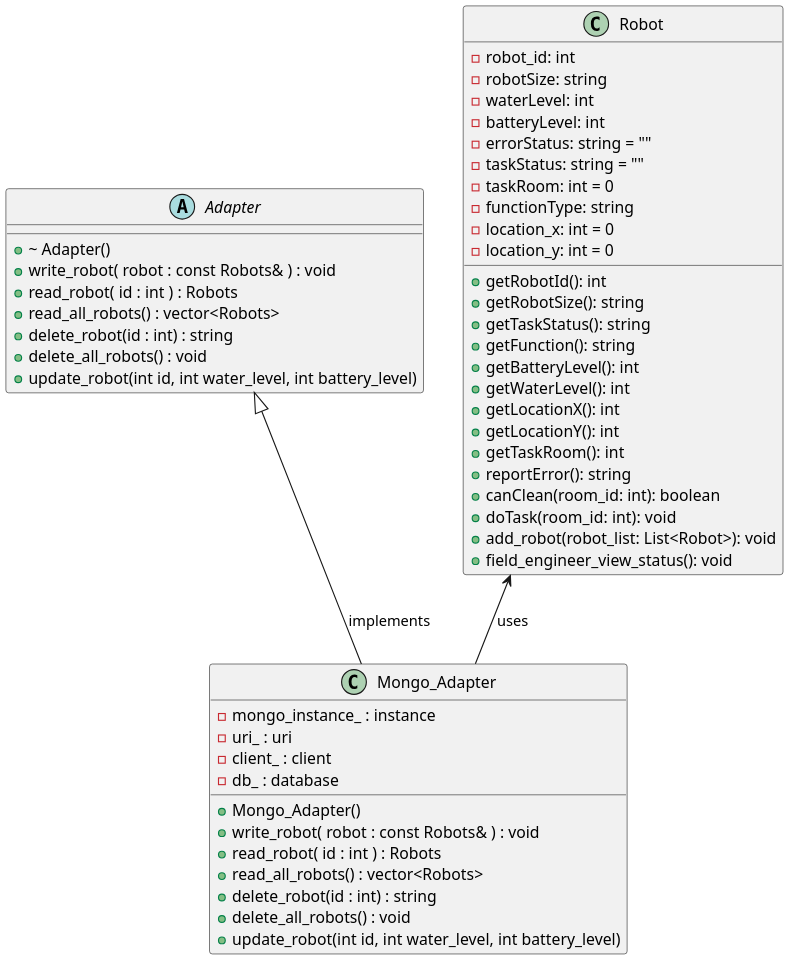
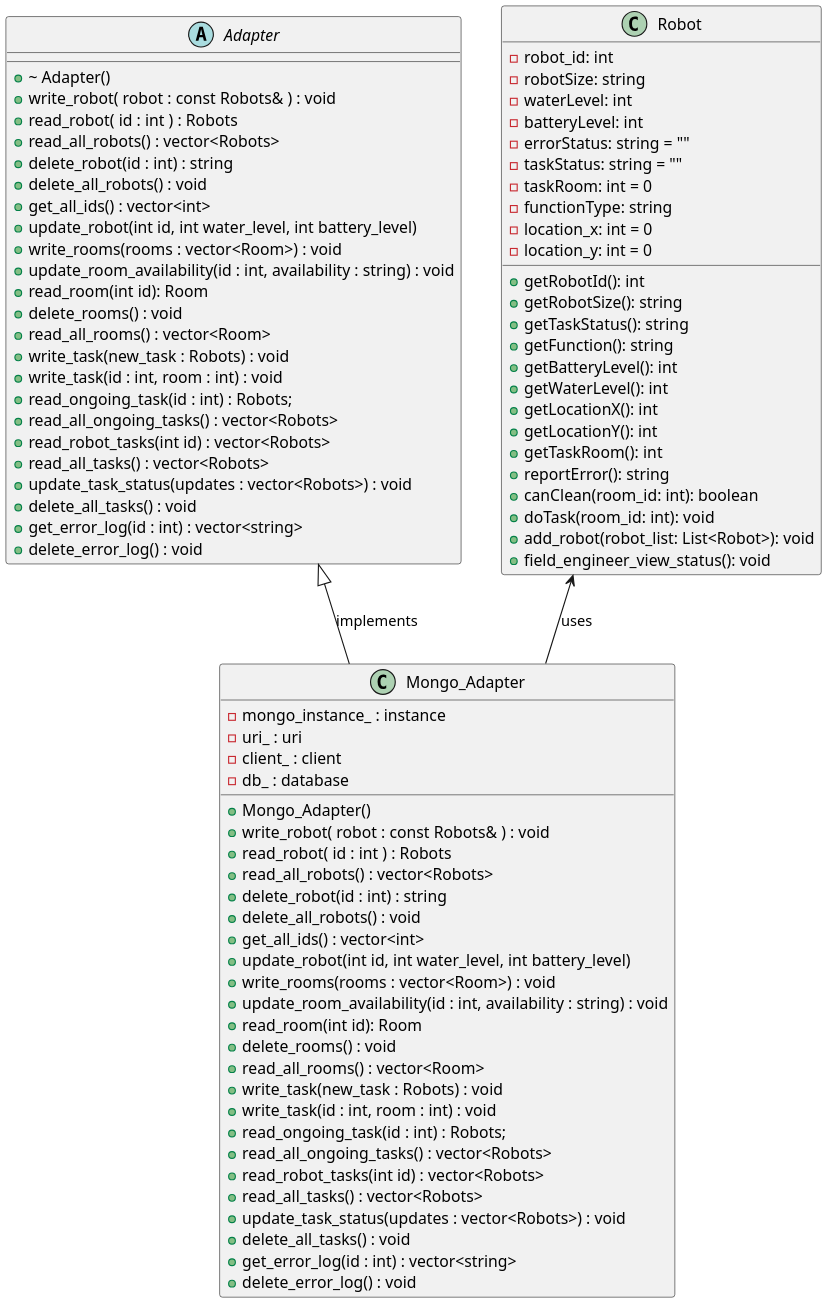
Before and after one commit to ur-swe-fa24/main-project-scrum-heads: the diagram in docs/design/classDiagram/mongoAdapter.puml, drawn with PlantUML. The commit also changed 3 other files, not shown here.

```diff
--- a/docs/design/classDiagram/mongoAdapter.puml
+++ b/docs/design/classDiagram/mongoAdapter.puml
@@ -1,62 +1,94 @@
 @startuml MongoAdapterDiagram
 skinparam dpi 200
 skinparam DefaultFontName Inconsolata
 
 class Mongo_Adapter{
     - mongo_instance_ : instance 
     - uri_ : uri
     - client_ : client 
     - db_ : database
 
     + Mongo_Adapter()
     + write_robot( robot : const Robots& ) : void 
     + read_robot( id : int ) : Robots
     + read_all_robots() : vector<Robots>
     + delete_robot(id : int) : string
     + delete_all_robots() : void
-    + update_robot(int id, int water_level, int battery_level)  
+    + get_all_ids() : vector<int> 
+    + update_robot(int id, int water_level, int battery_level)
+    + write_rooms(rooms : vector<Room>) : void
+    + update_room_availability(id : int, availability : string) : void
+    + read_room(int id): Room
+    + delete_rooms() : void
+    + read_all_rooms() : vector<Room>
+    + write_task(new_task : Robots) : void
+    + write_task(id : int, room : int) : void
+    + read_ongoing_task(id : int) : Robots;
+    + read_all_ongoing_tasks() : vector<Robots> 
+    + read_robot_tasks(int id) : vector<Robots> 
+    + read_all_tasks() : vector<Robots> 
+    + update_task_status(updates : vector<Robots>) : void 
+    + delete_all_tasks() : void
+    + get_error_log(id : int) : vector<string>  
+    + delete_error_log() : void 
 }
 
 abstract Adapter{
     + \~ Adapter()
     + write_robot( robot : const Robots& ) : void 
     + read_robot( id : int ) : Robots
     + read_all_robots() : vector<Robots>
     + delete_robot(id : int) : string
     + delete_all_robots() : void
+    + get_all_ids() : vector<int> 
     + update_robot(int id, int water_level, int battery_level)
+    + write_rooms(rooms : vector<Room>) : void
+    + update_room_availability(id : int, availability : string) : void
+    + read_room(int id): Room
+    + delete_rooms() : void
+    + read_all_rooms() : vector<Room>
+    + write_task(new_task : Robots) : void
+    + write_task(id : int, room : int) : void
+    + read_ongoing_task(id : int) : Robots;
+    + read_all_ongoing_tasks() : vector<Robots> 
+    + read_robot_tasks(int id) : vector<Robots> 
+    + read_all_tasks() : vector<Robots> 
+    + update_task_status(updates : vector<Robots>) : void 
+    + delete_all_tasks() : void
+    + get_error_log(id : int) : vector<string>  
+    + delete_error_log() : void
 } 
 
 class Robot {
     -robot_id: int
     -robotSize: string
     -waterLevel: int
     -batteryLevel: int
     -errorStatus: string = ""
     -taskStatus: string = ""
     -taskRoom: int = 0
     -functionType: string
     -location_x: int = 0
     -location_y: int = 0
     +getRobotId(): int
     +getRobotSize(): string
     +getTaskStatus(): string
     +getFunction(): string
     +getBatteryLevel(): int
     +getWaterLevel(): int
     +getLocationX(): int
     +getLocationY(): int
     +getTaskRoom(): int
     +reportError(): string
     +canClean(room_id: int): boolean
     +doTask(room_id: int): void
     +add_robot(robot_list: List<Robot>): void
     +field_engineer_view_status(): void
 }
 
 Adapter <|-- Mongo_Adapter : implements
 
 Robot <-- Mongo_Adapter : uses
 
 
 @enduml 
```
